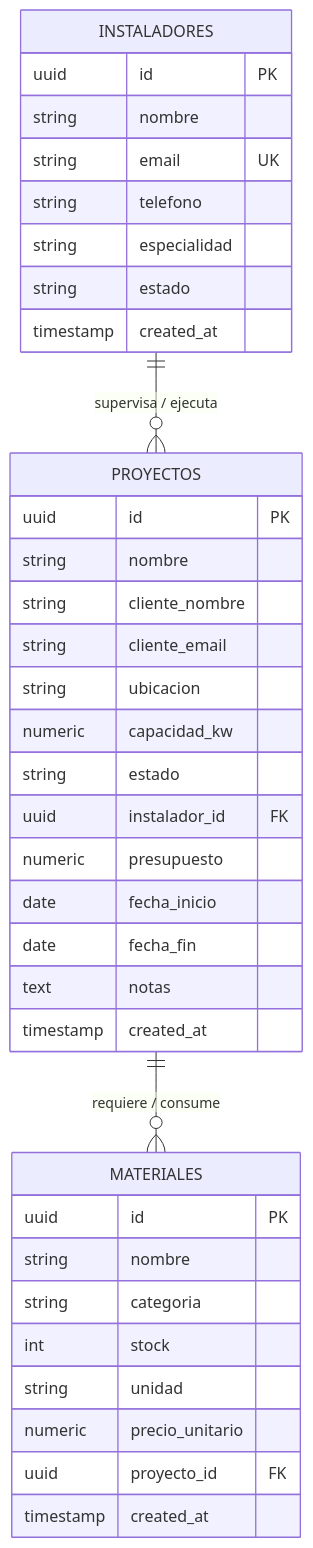
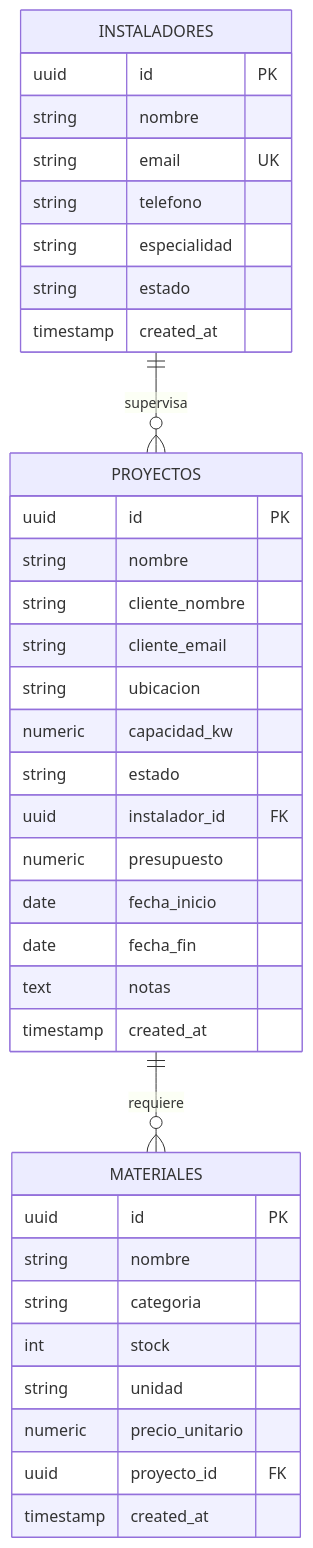
The second of 2 diagrams in README.md (SWNT-2/ProyectoFinalArquitecto-IA), drawn with Mermaid before and after one commit.

Commit message:
fix: correct mermaid erDiagram syntax for github markdown renderer

````diff
--- a/README.md
+++ b/README.md
@@ -97,42 +97,42 @@
 ```mermaid
 erDiagram
-    INSTALADORES ||--o{ PROYECTOS : "supervisa / ejecuta"
-    PROYECTOS ||--o{ MATERIALES : "requiere / consume"
+    INSTALADORES ||--o{ PROYECTOS : supervisa
+    PROYECTOS ||--o{ MATERIALES : requiere
 
     INSTALADORES {
         uuid id PK
         string nombre
         string email UK
         string telefono
         string especialidad
         string estado
         timestamp created_at
     }
 
     PROYECTOS {
         uuid id PK
         string nombre
         string cliente_nombre
         string cliente_email
         string ubicacion
         numeric capacidad_kw
         string estado
         uuid instalador_id FK
         numeric presupuesto
         date fecha_inicio
         date fecha_fin
         text notas
         timestamp created_at
     }
 
     MATERIALES {
         uuid id PK
         string nombre
         string categoria
         int stock
         string unidad
         numeric precio_unitario
         uuid proyecto_id FK
         timestamp created_at
     }
 ```
````
